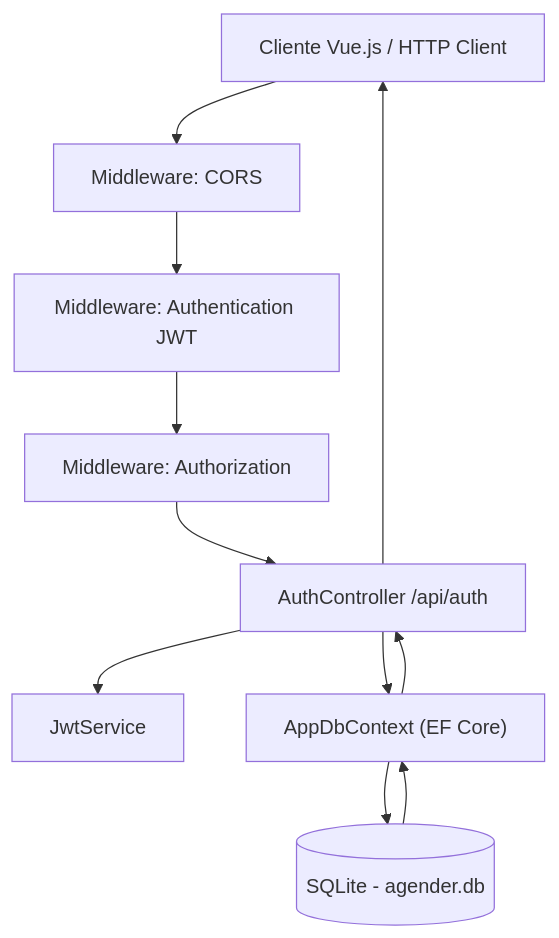
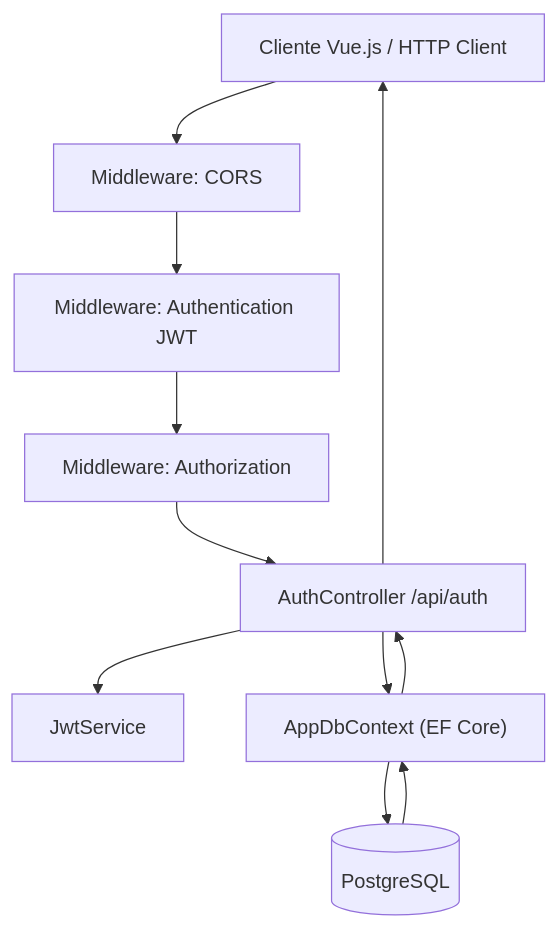
The diagram in docs/02-architecture.md (FelipeStafoge/Agender-Back), drawn with Mermaid before and after one commit. The commit also changed other lines of this file and 35 other files, not shown here.

````diff
--- a/docs/02-architecture.md
+++ b/docs/02-architecture.md
@@ -5,22 +5,22 @@
 ```mermaid
 flowchart TD
     Client[Cliente Vue.js / HTTP Client]
     Middleware1[Middleware: CORS]
     Middleware2[Middleware: Authentication JWT]
     Middleware3[Middleware: Authorization]
     Controller["AuthController /api/auth"]
     JwtService["JwtService"]
     DbContext["AppDbContext (EF Core)"]
-    DB[(SQLite - agender.db)]
+    DB[(PostgreSQL)]
 
     Client --> Middleware1
     Middleware1 --> Middleware2
     Middleware2 --> Middleware3
     Middleware3 --> Controller
     Controller --> JwtService
     Controller --> DbContext
     DbContext --> DB
     DB --> DbContext
     DbContext --> Controller
     Controller --> Client
 ```
````
